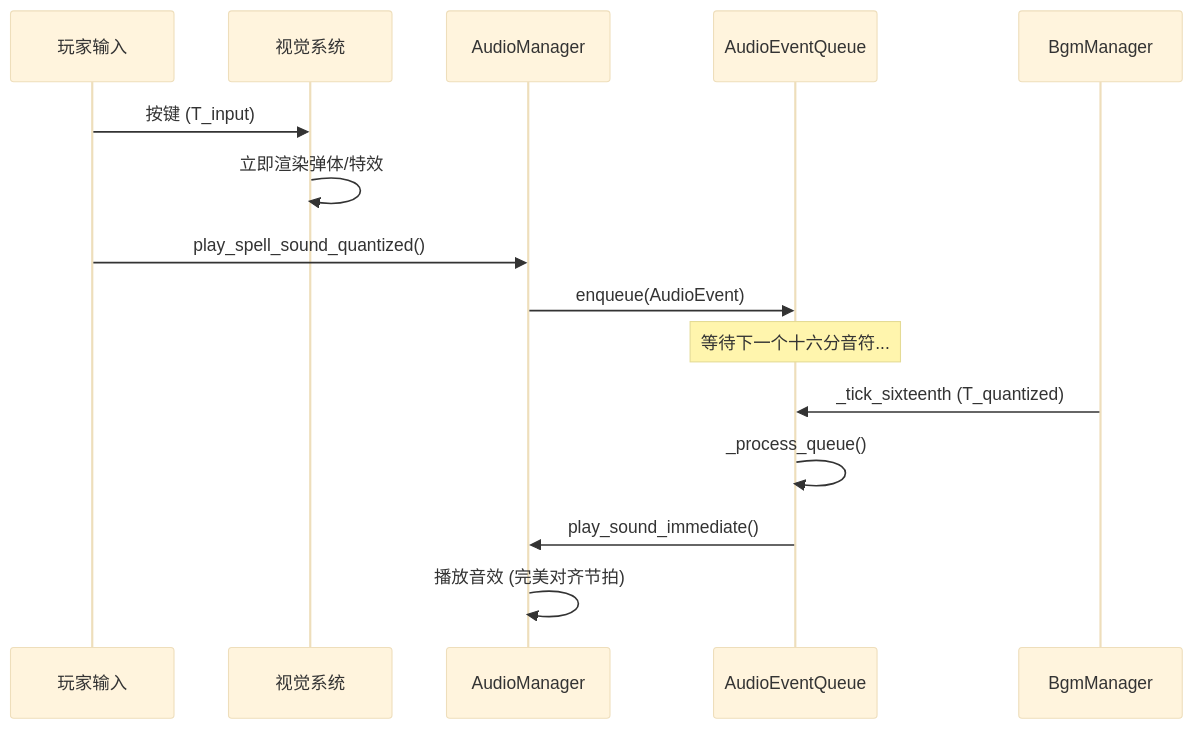
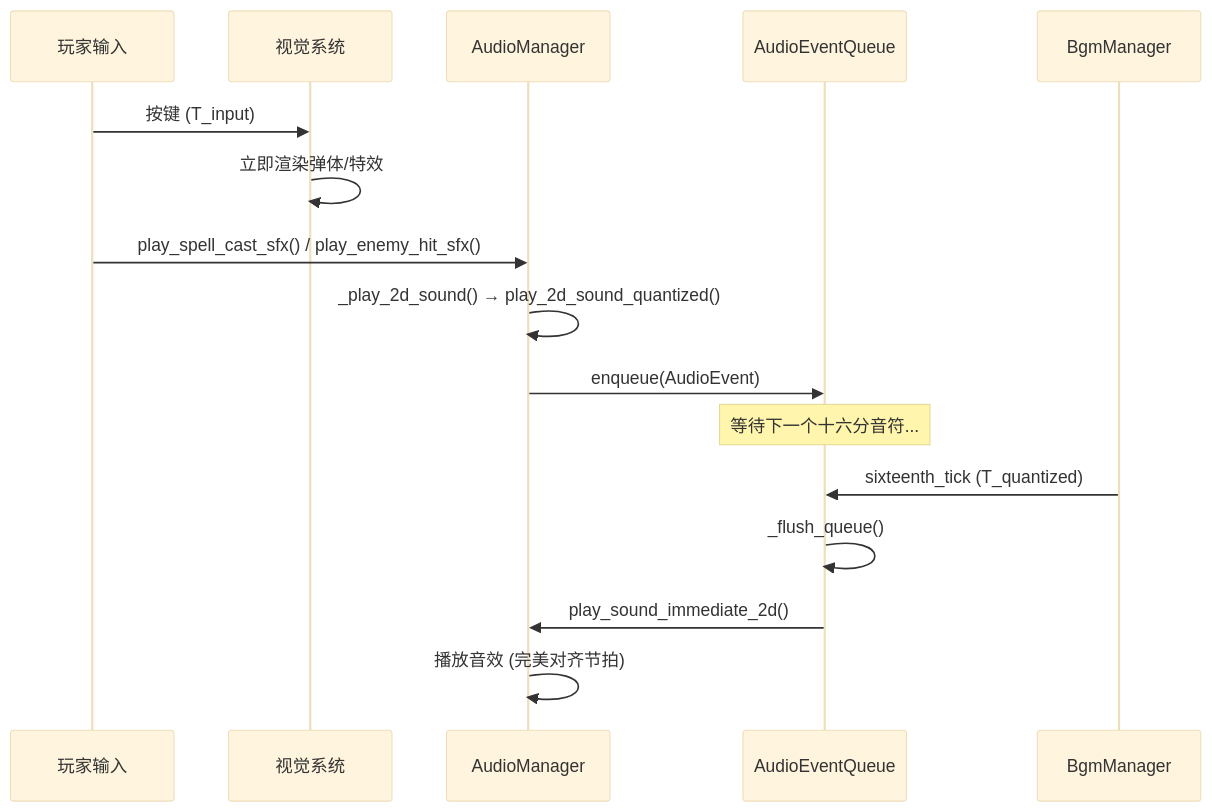
Before and after one commit to gdszyy/project-harmony-gdd: the diagram in Docs/Optimization_Modules/OPT05_RezStyleInputQuantization.md, drawn with Mermaid (base theme). The commit also changed other lines of this file and 7 other files, not shown here.

````diff
--- a/Docs/Optimization_Modules/OPT05_RezStyleInputQuantization.md
+++ b/Docs/Optimization_Modules/OPT05_RezStyleInputQuantization.md
@@ -193,20 +219,21 @@
 ```mermaid
 sequenceDiagram
     participant Player as 玩家输入
     participant Visual as 视觉系统
     participant AM as AudioManager
     participant Queue as AudioEventQueue
     participant BGM as BgmManager
 
     Player->>Visual: 按键 (T_input)
     Visual->>Visual: 立即渲染弹体/特效
-    Player->>AM: play_spell_sound_quantized()
+    Player->>AM: play_spell_cast_sfx() / play_enemy_hit_sfx()
+    AM->>AM: _play_2d_sound() → play_2d_sound_quantized()
     AM->>Queue: enqueue(AudioEvent)
     
     Note over Queue: 等待下一个十六分音符...
     
-    BGM->>Queue: _tick_sixteenth (T_quantized)
-    Queue->>Queue: _process_queue()
-    Queue->>AM: play_sound_immediate()
+    BGM->>Queue: sixteenth_tick (T_quantized)
+    Queue->>Queue: _flush_queue()
+    Queue->>AM: play_sound_immediate_2d()
     AM->>AM: 播放音效 (完美对齐节拍)
 ```
````
